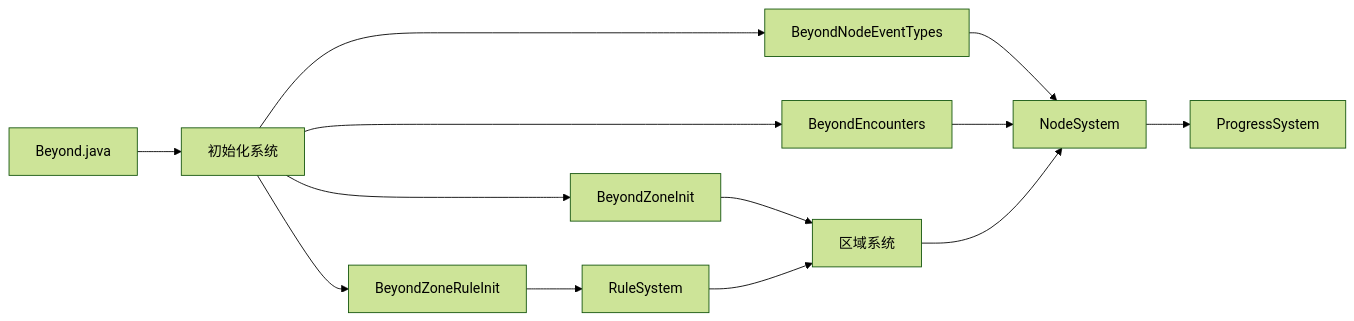
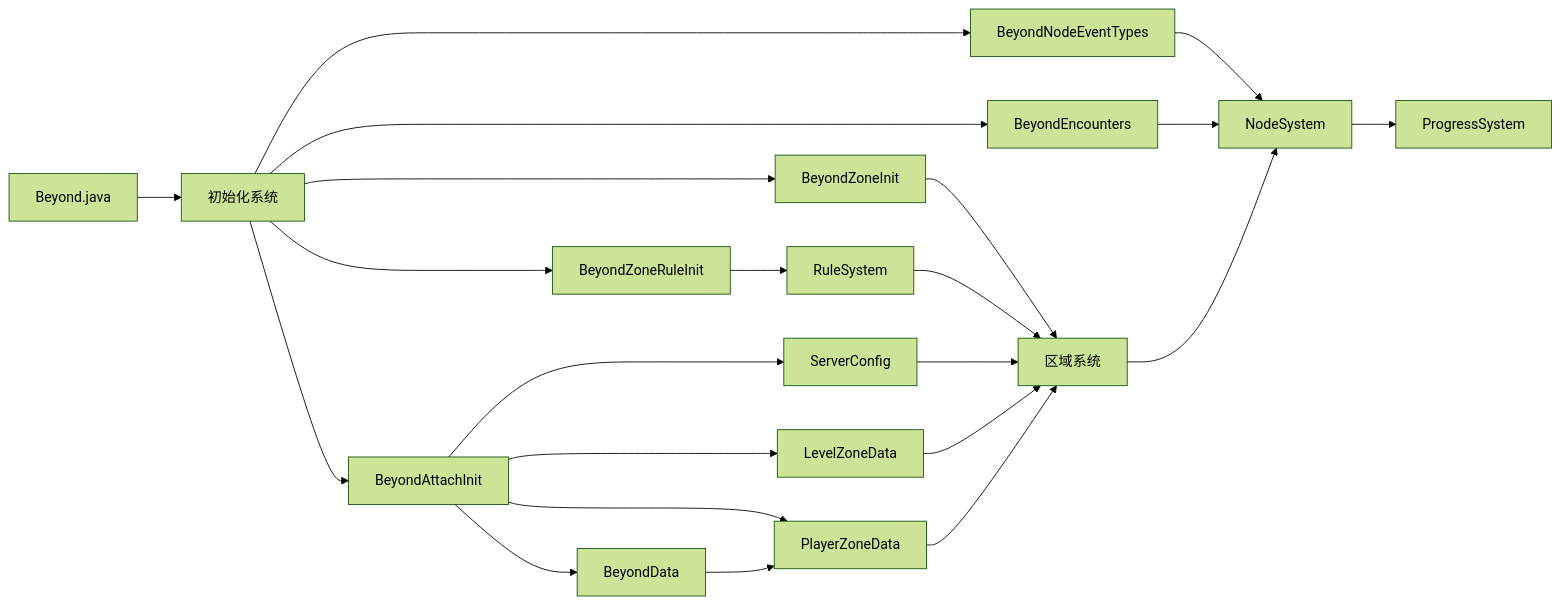
Before and after one commit to Ver-shift/SubModulesGeneHunter: diagram 11 of 11 in .qoder/repowiki/zh/content/模块架构/Beyond安全区模块/Beyond安全区模块.md, drawn with Mermaid (forest theme). The commit also changed other lines of this file and 16 other files, not shown here.

````diff
--- a/.qoder/repowiki/zh/content/模块架构/Beyond安全区模块/Beyond安全区模块.md
+++ b/.qoder/repowiki/zh/content/模块架构/Beyond安全区模块/Beyond安全区模块.md
@@ -358,15 +532,24 @@
 ```mermaid
 graph LR
 Beyond["Beyond.java"] --> Init["初始化系统"]
+Init --> Attach["BeyondAttachInit"]
 Init --> ZoneInit["BeyondZoneInit"]
 Init --> NodeInit["BeyondNodeEventTypes"]
 Init --> Encounters["BeyondEncounters"]
 Init --> ZoneRule["BeyondZoneRuleInit"]
+Attach --> Config["ServerConfig"]
+Attach --> Data["BeyondData"]
+Attach --> LevelData["LevelZoneData"]
+Attach --> PlayerData["PlayerZoneData"]
 ZoneInit --> ZoneSystem["区域系统"]
 NodeInit --> NodeSystem
 Encounters --> NodeSystem
 ZoneRule --> RuleSystem
 ZoneSystem --> NodeSystem
 NodeSystem --> ProgressSystem
 RuleSystem --> ZoneSystem
+Config --> ZoneSystem
+Data --> PlayerData
+LevelData --> ZoneSystem
+PlayerData --> ZoneSystem
 ```
````
